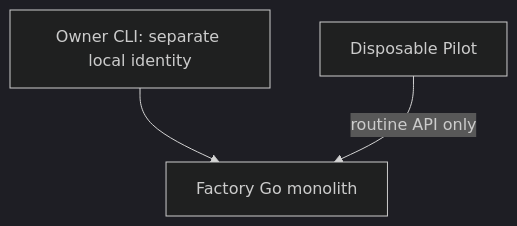
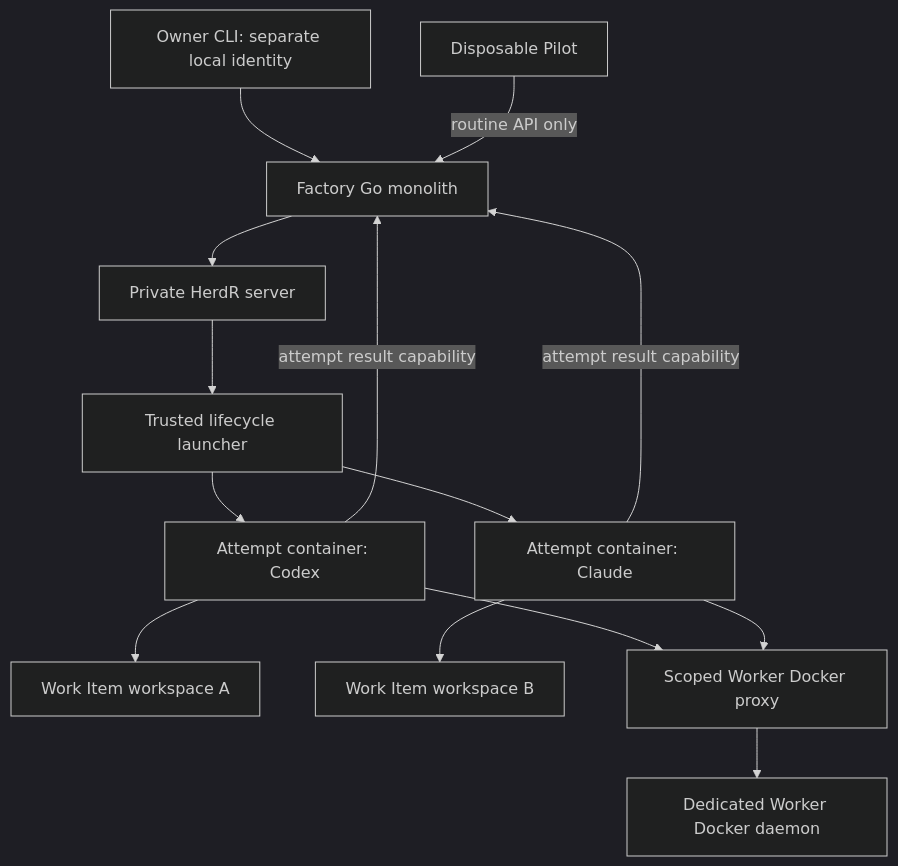
Before and after one commit to blac9216/PriFly: the fourth of 4 diagrams in docs/explanation/architecture.md, drawn with Mermaid (dark theme). The commit also changed other lines of this file and 19 other files, not shown here.

First line of the commit message:
AI: docs(adr): record launcher, workspace and subscription context decisions

````diff
--- a/docs/explanation/architecture.md
+++ b/docs/explanation/architecture.md
@@ -133,5 +133,16 @@
 ```mermaid
 flowchart TB
   Owner[Owner CLI: separate local identity] --> API[Factory Go monolith]
   Pilot[Disposable Pilot] -->|routine API only| API
+  API --> HR[Private HerdR server]
+  HR --> LA[Trusted lifecycle launcher]
+  LA --> W1[Attempt container: Codex]
+  LA --> W2[Attempt container: Claude]
+  W1 --> WS1[Work Item workspace A]
+  W2 --> WS2[Work Item workspace B]
+  W1 --> DP[Scoped Worker Docker proxy]
+  W2 --> DP
+  DP --> WD[Dedicated Worker Docker daemon]
+  W1 -->|attempt result capability| API
+  W2 -->|attempt result capability| API
 ```
````
